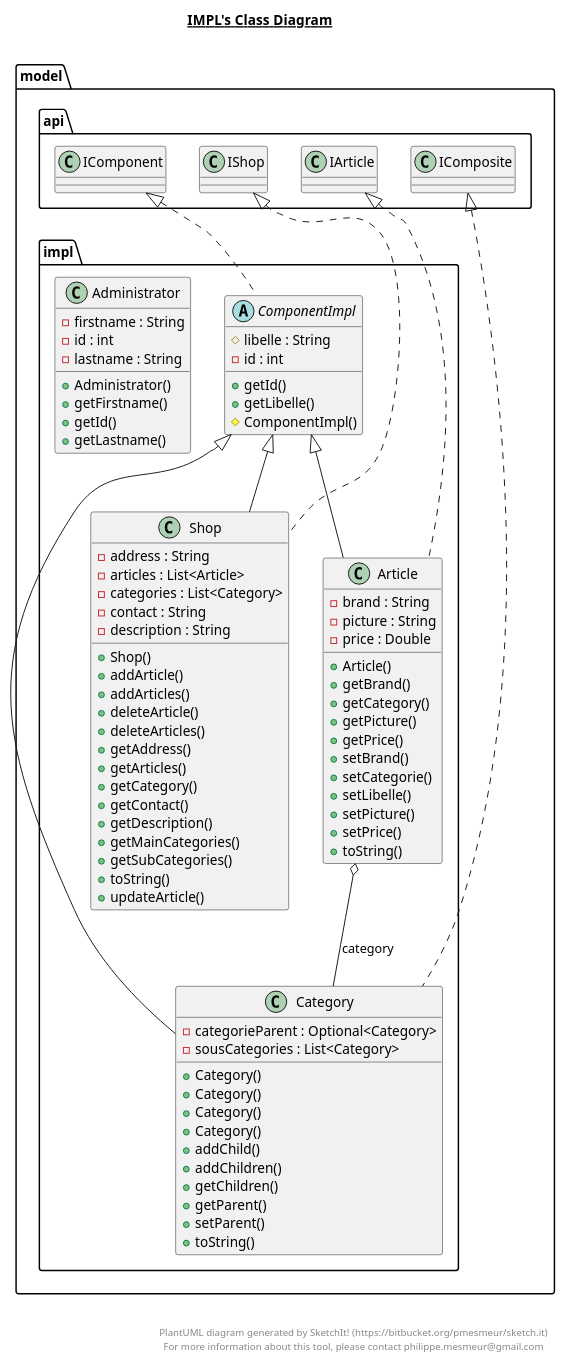
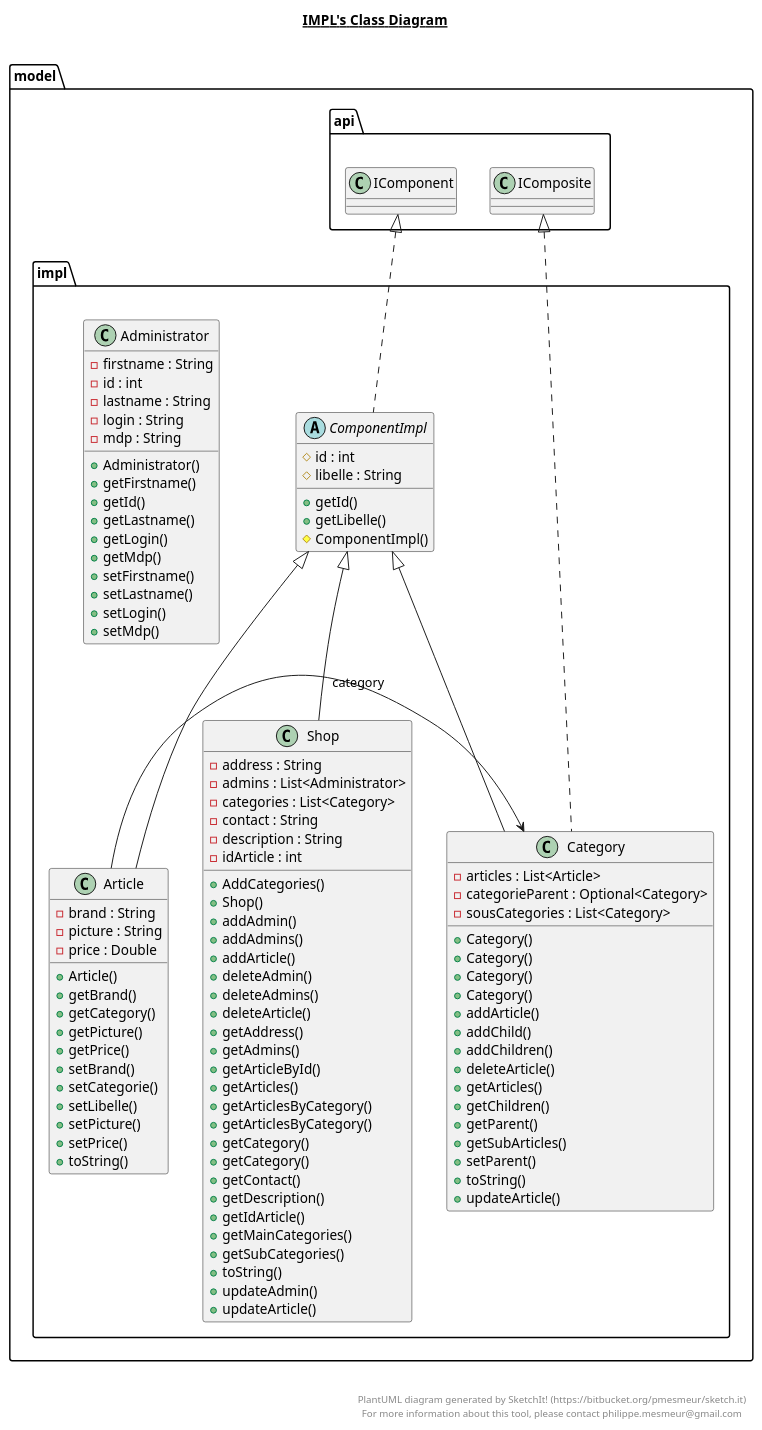
The diagram in src/model/impl/impl.plantuml (assane-sakho/ArchSI_Td_Angular), drawn with PlantUML before and after one commit. The commit also changed 4 other files, not shown here.

Commit message:
Update schema

```diff
--- a/src/model/impl/impl.plantuml
+++ b/src/model/impl/impl.plantuml
@@ -1,109 +1,132 @@
 @startuml
 
 title __IMPL's Class Diagram__\n
 
   namespace model.impl {
     class model.impl.Administrator {
         - firstname : String
         - id : int
         - lastname : String
+        - login : String
+        - mdp : String
         + Administrator()
         + getFirstname()
         + getId()
         + getLastname()
+        + getLogin()
+        + getMdp()
+        + setFirstname()
+        + setLastname()
+        + setLogin()
+        + setMdp()
     }
   }
   
 
   namespace model.impl {
     class model.impl.Article {
         - brand : String
         - picture : String
         - price : Double
         + Article()
         + getBrand()
         + getCategory()
         + getPicture()
         + getPrice()
         + setBrand()
         + setCategorie()
         + setLibelle()
         + setPicture()
         + setPrice()
         + toString()
     }
   }
   
 
   namespace model.impl {
     class model.impl.Category {
+        - articles : List<Article>
         - categorieParent : Optional<Category>
         - sousCategories : List<Category>
         + Category()
         + Category()
         + Category()
         + Category()
+        + addArticle()
         + addChild()
         + addChildren()
+        + deleteArticle()
+        + getArticles()
         + getChildren()
         + getParent()
+        + getSubArticles()
         + setParent()
         + toString()
+        + updateArticle()
     }
   }
   
 
   namespace model.impl {
     abstract class model.impl.ComponentImpl {
+        # id : int
         # libelle : String
-        - id : int
         + getId()
         + getLibelle()
         # ComponentImpl()
     }
   }
   
 
   namespace model.impl {
     class model.impl.Shop {
         - address : String
-        - articles : List<Article>
+        - admins : List<Administrator>
         - categories : List<Category>
         - contact : String
         - description : String
+        - idArticle : int
+        + AddCategories()
         + Shop()
+        + addAdmin()
+        + addAdmins()
         + addArticle()
-        + addArticles()
+        + deleteAdmin()
+        + deleteAdmins()
         + deleteArticle()
-        + deleteArticles()
         + getAddress()
+        + getAdmins()
+        + getArticleById()
         + getArticles()
+        + getArticlesByCategory()
+        + getArticlesByCategory()
+        + getCategory()
         + getCategory()
         + getContact()
         + getDescription()
+        + getIdArticle()
         + getMainCategories()
         + getSubCategories()
         + toString()
+        + updateAdmin()
         + updateArticle()
     }
   }
   
 
-  model.impl.Article .up.|> model.api.IArticle
   model.impl.Article -up-|> model.impl.ComponentImpl
-  model.impl.Article o-- model.impl.Category : category
+  model.impl.Article  -> model.impl.Category : category
   model.impl.Category .up.|> model.api.IComposite
   model.impl.Category -up-|> model.impl.ComponentImpl
   model.impl.ComponentImpl .up.|> model.api.IComponent
-  model.impl.Shop .up.|> model.api.IShop
   model.impl.Shop -up-|> model.impl.ComponentImpl
 
 
 right footer
 
 
 PlantUML diagram generated by SketchIt! (https://bitbucket.org/pmesmeur/sketch.it)
 For more information about this tool, please contact philippe.mesmeur@gmail.com
 endfooter
 
 @enduml
```
